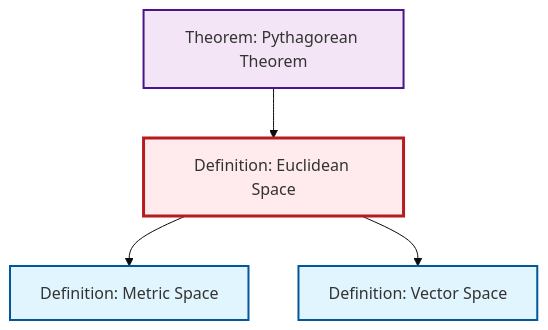
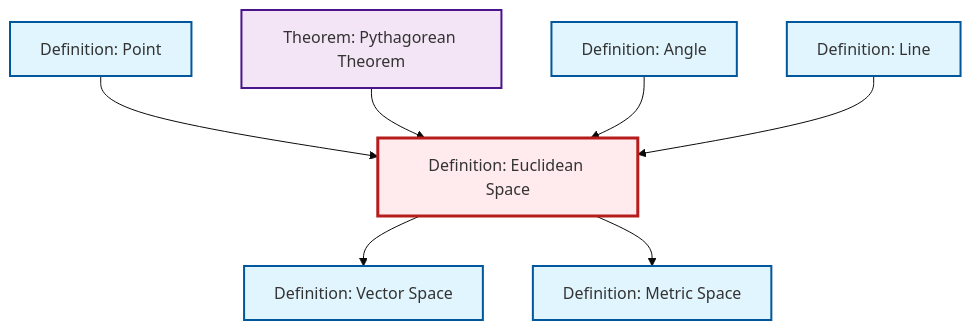
The second of 2 diagrams in content/en/geometry/def-euclidean-space.qmd (RK0429/ModernMath), drawn with Mermaid (base theme) before and after one commit. The commit also changed other lines of this file and 203 other files, not shown here.

````diff
--- a/content/en/geometry/def-euclidean-space.qmd
+++ b/content/en/geometry/def-euclidean-space.qmd
@@ -67,21 +67,23 @@
 ```{mermaid}
 %%| fig-cap: "Local dependency graph"
 graph TD
     classDef definition fill:#e1f5fe,stroke:#01579b,stroke-width:2px
     classDef theorem fill:#f3e5f5,stroke:#4a148c,stroke-width:2px
     classDef axiom fill:#fff3e0,stroke:#e65100,stroke-width:2px
     classDef example fill:#e8f5e9,stroke:#1b5e20,stroke-width:2px
     classDef current fill:#ffebee,stroke:#b71c1c,stroke-width:3px
+    def-angle["Definition: Angle"]:::definition
     thm-pythagorean["Theorem: Pythagorean Theorem"]:::theorem
+    def-metric-space["Definition: Metric Space"]:::definition
     def-vector-space["Definition: Vector Space"]:::definition
     def-euclidean-space["Definition: Euclidean Space"]:::definition
-    def-metric-space["Definition: Metric Space"]:::definition
+    def-point["Definition: Point"]:::definition
+    def-line["Definition: Line"]:::definition
+    def-euclidean-space --> def-vector-space
+    def-point --> def-euclidean-space
+    thm-pythagorean --> def-euclidean-space
+    def-angle --> def-euclidean-space
+    def-line --> def-euclidean-space
     def-euclidean-space --> def-metric-space
-    def-euclidean-space --> def-vector-space
-    thm-pythagorean --> def-euclidean-space
     class def-euclidean-space current
-
-    click thm-pythagorean "thm-pythagorean.html" "Go to Pythagorean Theorem theorem"
-    click def-vector-space "def-vector-space.html" "Go to Vector Space definition"
-    click def-metric-space "def-metric-space.html" "Go to Metric Space definition"
 ```
````
